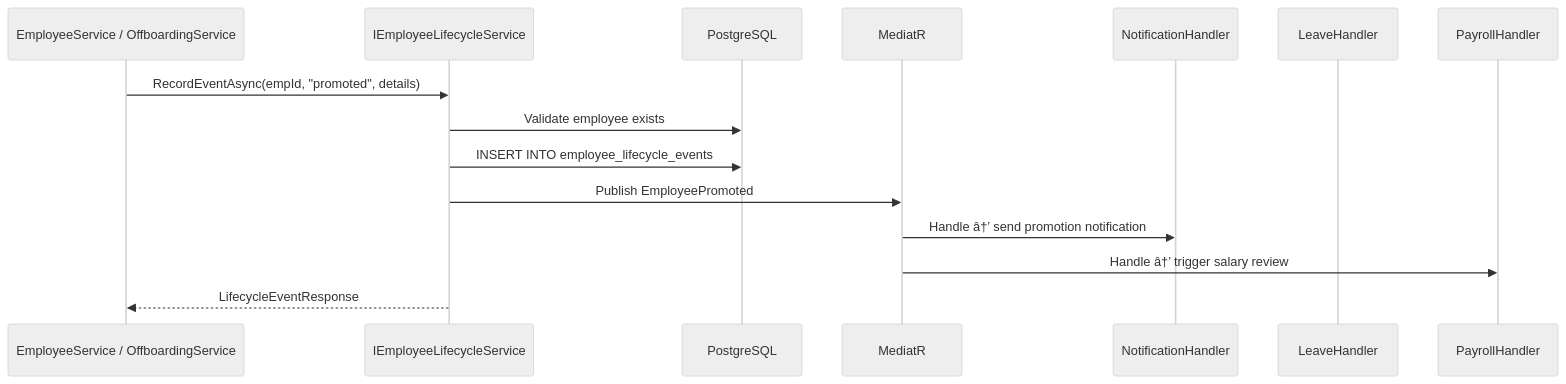
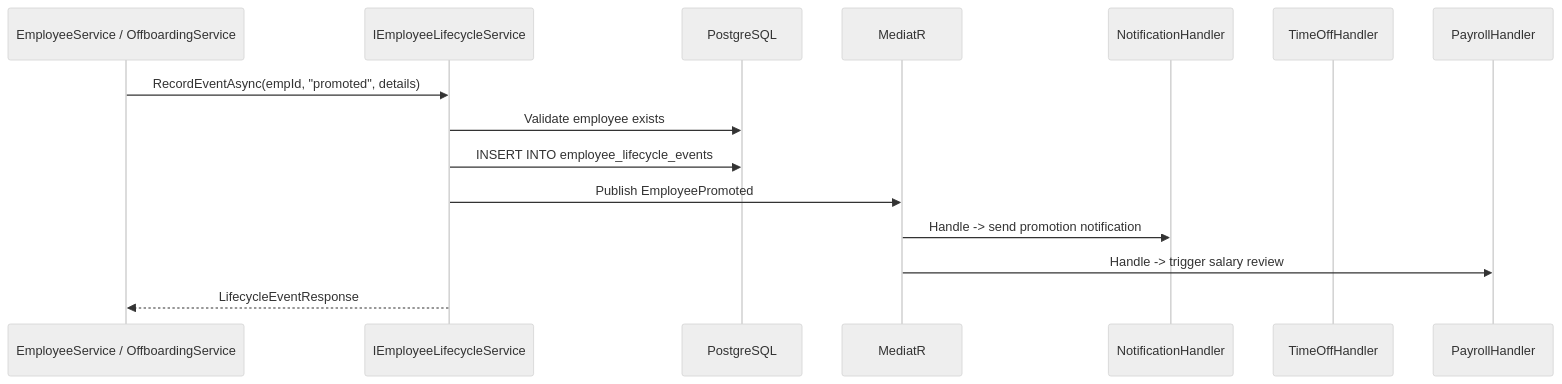
One commit to Thivaharan-25/OneVo-HR changed the diagram in modules/core-hr/employee-lifecycle/end-to-end-logic.md. Above: the diagram before and after it, drawn with Mermaid (neutral theme). The commit also changed other lines of this file and 828 other files, not shown here.

````diff
--- a/modules/core-hr/employee-lifecycle/end-to-end-logic.md
+++ b/modules/core-hr/employee-lifecycle/end-to-end-logic.md
@@ -92,18 +92,18 @@
 ```mermaid
 sequenceDiagram
     participant Caller as EmployeeService / OffboardingService
     participant LCS as IEmployeeLifecycleService
     participant DB as PostgreSQL
     participant Bus as MediatR
     participant Notify as NotificationHandler
-    participant Leave as LeaveHandler
+    participant TimeOff as TimeOffHandler
     participant Payroll as PayrollHandler
 
     Caller->>LCS: RecordEventAsync(empId, "promoted", details)
     LCS->>DB: Validate employee exists
     LCS->>DB: INSERT INTO employee_lifecycle_events
     LCS->>Bus: Publish EmployeePromoted
-    Bus->>Notify: Handle â†’ send promotion notification
-    Bus->>Payroll: Handle â†’ trigger salary review
+    Bus->>Notify: Handle -> send promotion notification
+    Bus->>Payroll: Handle -> trigger salary review
     LCS-->>Caller: LifecycleEventResponse
 ```
````
